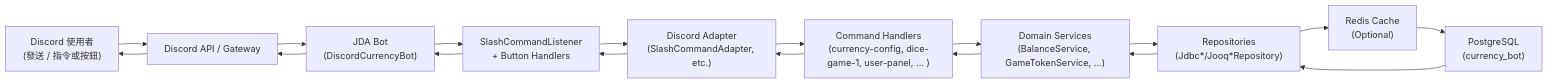
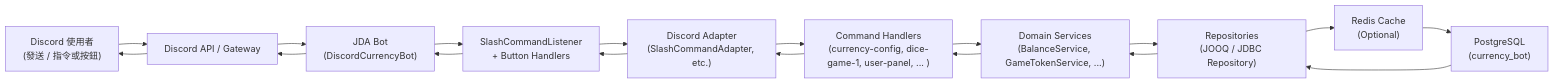
One commit to LaiTszKin/ltdjms changed the diagram in docs/architecture/overview.md. Above: the diagram before and after it, drawn with Mermaid. The commit also changed other lines of this file and 21 other files, not shown here.

````diff
--- a/docs/architecture/overview.md
+++ b/docs/architecture/overview.md
@@ -9,18 +9,18 @@
 ```mermaid
 flowchart LR
   User["Discord 使用者\n(發送 / 指令或按鈕)"]
   Discord["Discord API / Gateway"]
   Bot["JDA Bot\n(DiscordCurrencyBot)"]
   Listener["SlashCommandListener\n+ Button Handlers"]
   Adapter["Discord Adapter\n(SlashCommandAdapter, etc.)"]
   Handler["Command Handlers\n(currency-config, dice-game-1, user-panel, ... )"]
   Service["Domain Services\n(BalanceService, GameTokenService, ...)"]
-  Repo["Repositories\n(Jdbc*/Jooq*Repository)"]
+  Repo["Repositories\n(JOOQ / JDBC Repository)"]
   Cache["Redis Cache\n(Optional)"]
   DB["PostgreSQL\n(currency_bot)"]
 
   User --> Discord --> Bot --> Listener --> Adapter --> Handler --> Service --> Repo
   Repo --> Cache
   Cache --> DB
   DB --> Repo --> Service --> Handler --> Adapter --> Listener --> Bot --> Discord --> User
 ```
````
